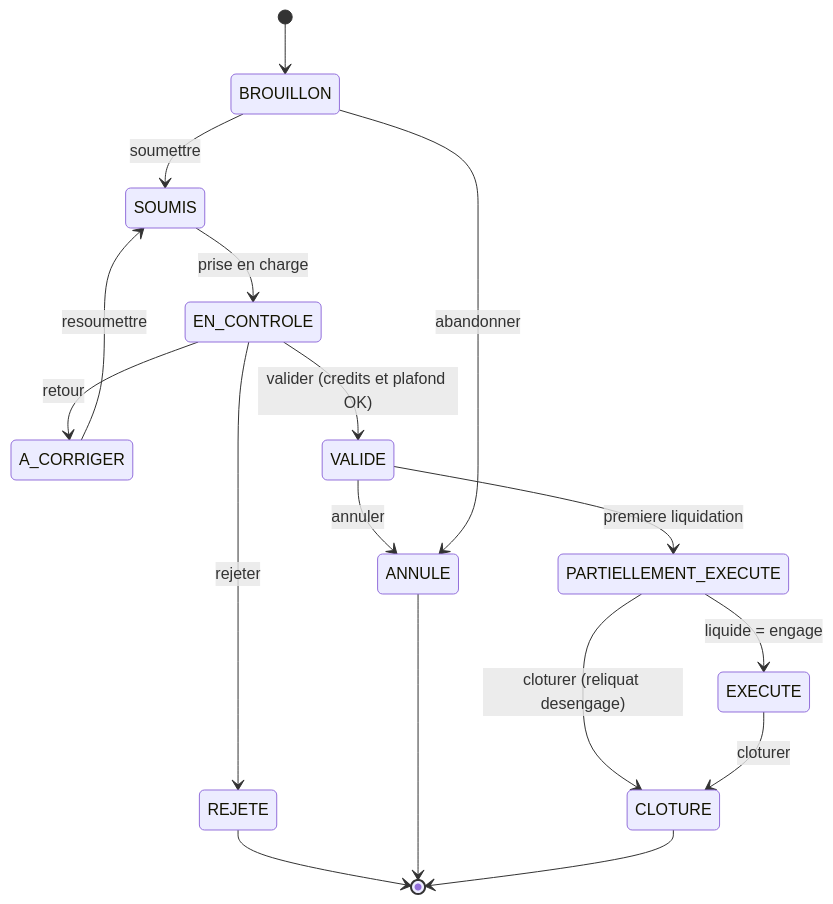
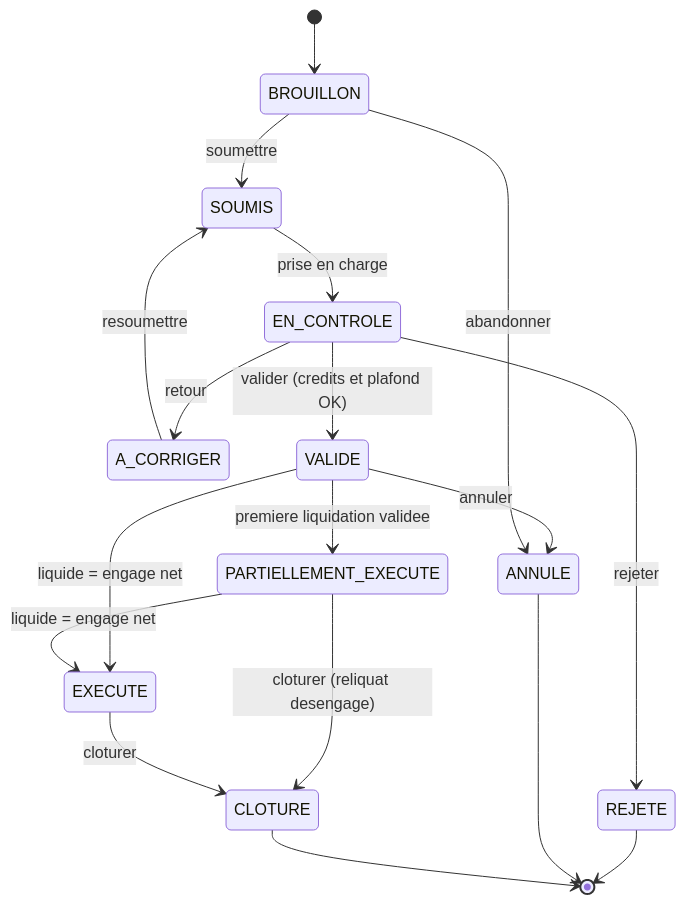
One commit to LordPhenixDeNetra/hopitalia-budget changed the tenth of 20 diagrams in docs/Cahier_des_charges_Module_Budgetaire_Hopitalia_V3.md. Above: the diagram before and after it, drawn with Mermaid. The commit also changed other lines of this file, not shown here.

````diff
--- a/docs/Cahier_des_charges_Module_Budgetaire_Hopitalia_V3.md
+++ b/docs/Cahier_des_charges_Module_Budgetaire_Hopitalia_V3.md
@@ -1186,19 +1187,20 @@
 ```mermaid
 stateDiagram-v2
   [*] --> BROUILLON
   BROUILLON --> SOUMIS : soumettre
   SOUMIS --> EN_CONTROLE : prise en charge
   EN_CONTROLE --> A_CORRIGER : retour
   A_CORRIGER --> SOUMIS : resoumettre
   EN_CONTROLE --> VALIDE : valider (credits et plafond OK)
   EN_CONTROLE --> REJETE : rejeter
-  VALIDE --> PARTIELLEMENT_EXECUTE : premiere liquidation
-  PARTIELLEMENT_EXECUTE --> EXECUTE : liquide = engage
+  VALIDE --> PARTIELLEMENT_EXECUTE : premiere liquidation validee
+  VALIDE --> EXECUTE : liquide = engage net
+  PARTIELLEMENT_EXECUTE --> EXECUTE : liquide = engage net
   VALIDE --> ANNULE : annuler
   PARTIELLEMENT_EXECUTE --> CLOTURE : cloturer (reliquat desengage)
   EXECUTE --> CLOTURE : cloturer
   BROUILLON --> ANNULE : abandonner
   REJETE --> [*]
   ANNULE --> [*]
   CLOTURE --> [*]
 ```
````
